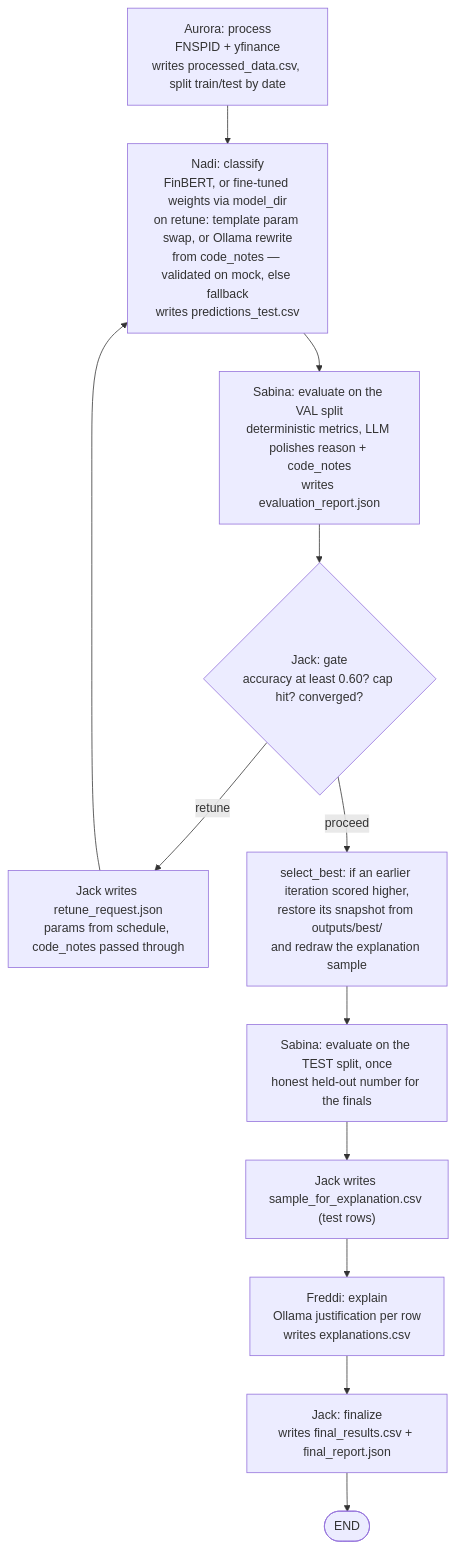
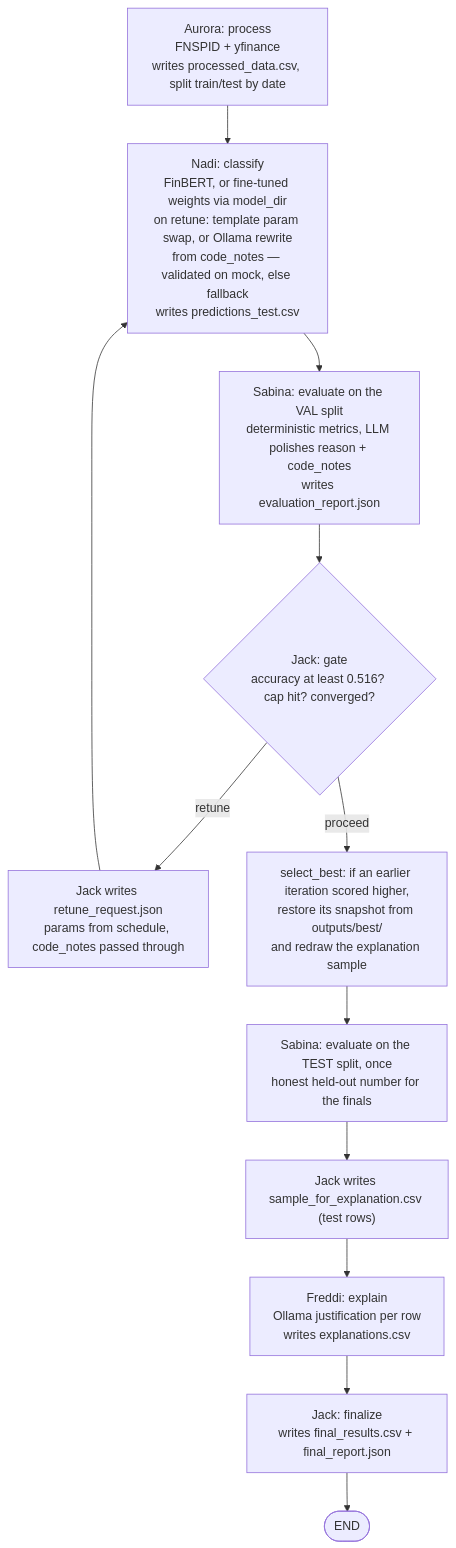
Before and after one commit to njaltran/NLP_lab: the diagram in docs/retune_loop.md, drawn with Mermaid. The commit also changed other lines of this file and 13 other files, not shown here.

First line of the commit message:
Lower accuracy gate target 0.60 -> 0.516 (all-neutral baseline)

````diff
--- a/docs/retune_loop.md
+++ b/docs/retune_loop.md
@@ -28,18 +28,18 @@
 ```mermaid
 flowchart TD
     A["Aurora: process<br/>FNSPID + yfinance<br/>writes processed_data.csv, split train/test by date"] --> N
 
     N["Nadi: classify<br/>FinBERT, or fine-tuned weights via model_dir<br/>on retune: template param swap, or Ollama rewrite<br/>from code_notes — validated on mock, else fallback<br/>writes predictions_test.csv"] --> S
     S["Sabina: evaluate on the VAL split<br/>deterministic metrics, LLM polishes reason + code_notes<br/>writes evaluation_report.json"] --> G
 
-    G{"Jack: gate<br/>accuracy at least 0.60? cap hit? converged?"}
+    G{"Jack: gate<br/>accuracy at least 0.516? cap hit? converged?"}
     G -->|retune| R
     R["Jack writes retune_request.json<br/>params from schedule, code_notes passed through"] --> N
 
     G -->|proceed| B
     B["select_best: if an earlier iteration scored higher,<br/>restore its snapshot from outputs/best/<br/>and redraw the explanation sample"] --> ET
     ET["Sabina: evaluate on the TEST split, once<br/>honest held-out number for the finals"] --> P
     P["Jack writes sample_for_explanation.csv (test rows)"] --> F
     F["Freddi: explain<br/>Ollama justification per row<br/>writes explanations.csv"] --> Z
     Z["Jack: finalize<br/>writes final_results.csv + final_report.json"] --> E([END])
 ```
````
